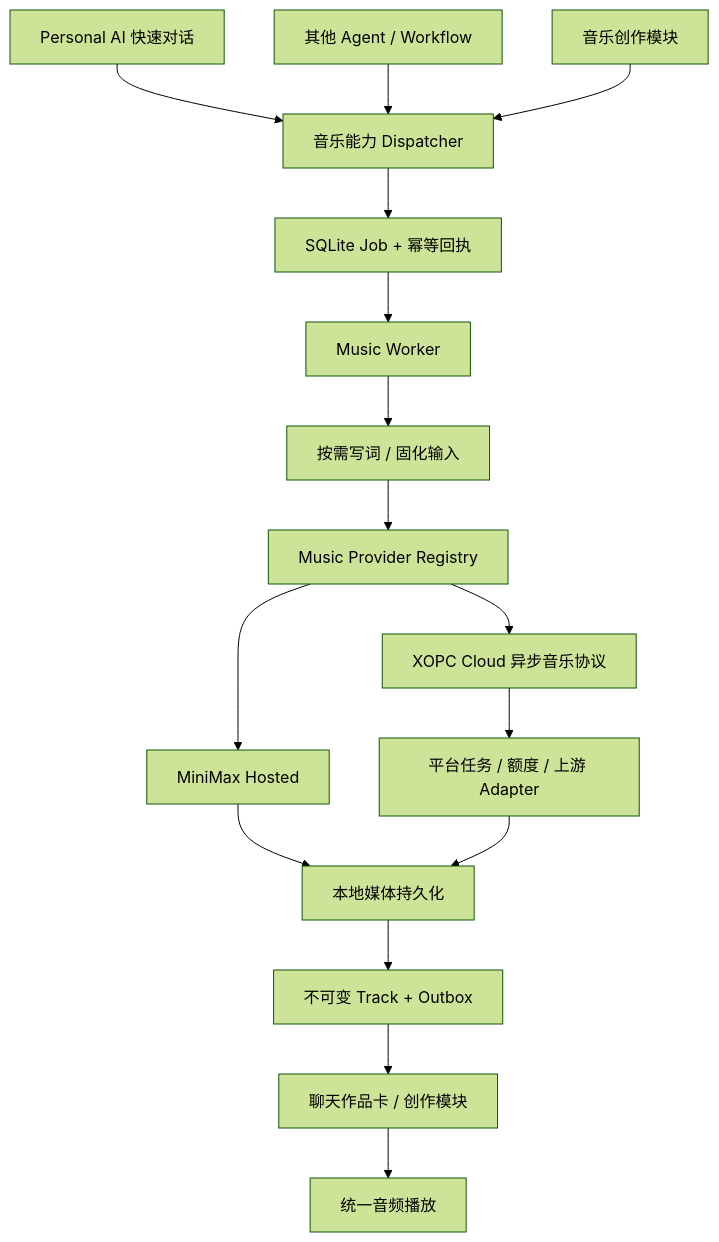
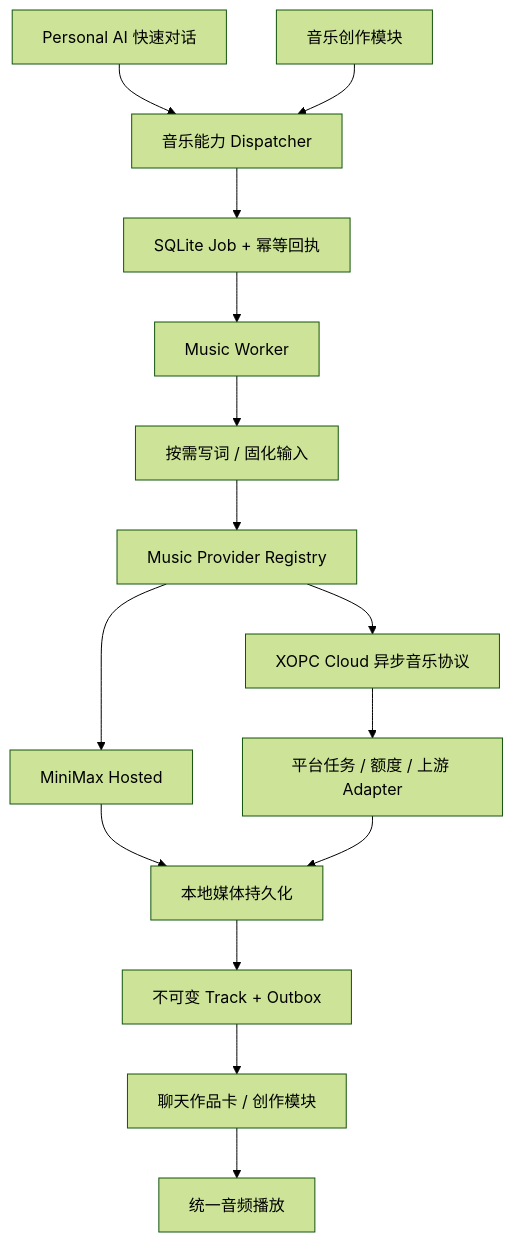
Before and after one commit to xopcai/xopc: the first of 2 diagrams in docs/design/technical/music-generation-architecture.md, drawn with Mermaid (forest theme). The commit also changed other lines of this file and 784 other files, not shown here.

````diff
--- a/docs/design/technical/music-generation-architecture.md
+++ b/docs/design/technical/music-generation-architecture.md
@@ -40,18 +40,17 @@
 ```mermaid
 flowchart TD
   A[Personal AI 快速对话] --> D[音乐能力 Dispatcher]
-  B[其他 Agent / Workflow] --> D
   C[音乐创作模块] --> D
   D --> E[SQLite Job + 幂等回执]
   E --> F[Music Worker]
   F --> G[按需写词 / 固化输入]
   G --> H[Music Provider Registry]
   H --> I[MiniMax Hosted]
   H --> J[XOPC Cloud 异步音乐协议]
   J --> K[平台任务 / 额度 / 上游 Adapter]
   I --> L[本地媒体持久化]
   K --> L
   L --> M[不可变 Track + Outbox]
   M --> N[聊天作品卡 / 创作模块]
   N --> O[统一音频播放]
 ```
````
